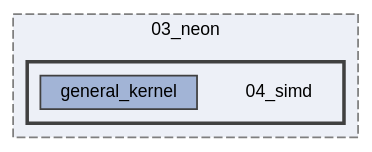
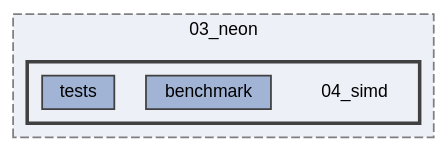
The diagram in dir_1bbf329644173ab09491115de8dab028_dep.dot (Shad00Z/machine-learning-compilers), drawn with Graphviz before and after one commit. The commit also changed 30 other files, not shown here.

```diff
--- a/dir_1bbf329644173ab09491115de8dab028_dep.dot
+++ b/dir_1bbf329644173ab09491115de8dab028_dep.dot
@@ -1,16 +1,17 @@
 digraph "/home/runner/work/machine-learning-compilers/machine-learning-compilers/src/submissions/03_neon/04_simd"
 {
  // LATEX_PDF_SIZE
   bgcolor="transparent";
   edge [fontname=Helvetica,fontsize=10,labelfontname=Helvetica,labelfontsize=10];
   node [fontname=Helvetica,fontsize=10,shape=box,height=0.2,width=0.4];
   compound=true
   subgraph clusterdir_b2c563f7bf427f5a0c17c9a95cb1f2fd {
     graph [ bgcolor="#edf0f7", pencolor="grey50", label="03_neon", fontname=Helvetica,fontsize=10 style="filled,dashed", URL="dir_b2c563f7bf427f5a0c17c9a95cb1f2fd.html",tooltip=""]
   subgraph clusterdir_1bbf329644173ab09491115de8dab028 {
     graph [ bgcolor="#edf0f7", pencolor="grey25", label="", fontname=Helvetica,fontsize=10 style="filled,bold", URL="dir_1bbf329644173ab09491115de8dab028.html",tooltip=""]
     dir_1bbf329644173ab09491115de8dab028 [shape=plaintext, label="04_simd"];
-  dir_5e9a1a417b43dc8c055adbcd069a21be [label="general_kernel", fillcolor="#a2b4d6", color="grey25", style="filled", URL="dir_5e9a1a417b43dc8c055adbcd069a21be.html",tooltip=""];
+  dir_b509a2945170228f8a3b0fd17ab6010f [label="benchmark", fillcolor="#a2b4d6", color="grey25", style="filled", URL="dir_b509a2945170228f8a3b0fd17ab6010f.html",tooltip=""];
+  dir_e4040565e85b218234e6769320bb9883 [label="tests", fillcolor="#a2b4d6", color="grey25", style="filled", URL="dir_e4040565e85b218234e6769320bb9883.html",tooltip=""];
   }
   }
 }
```
